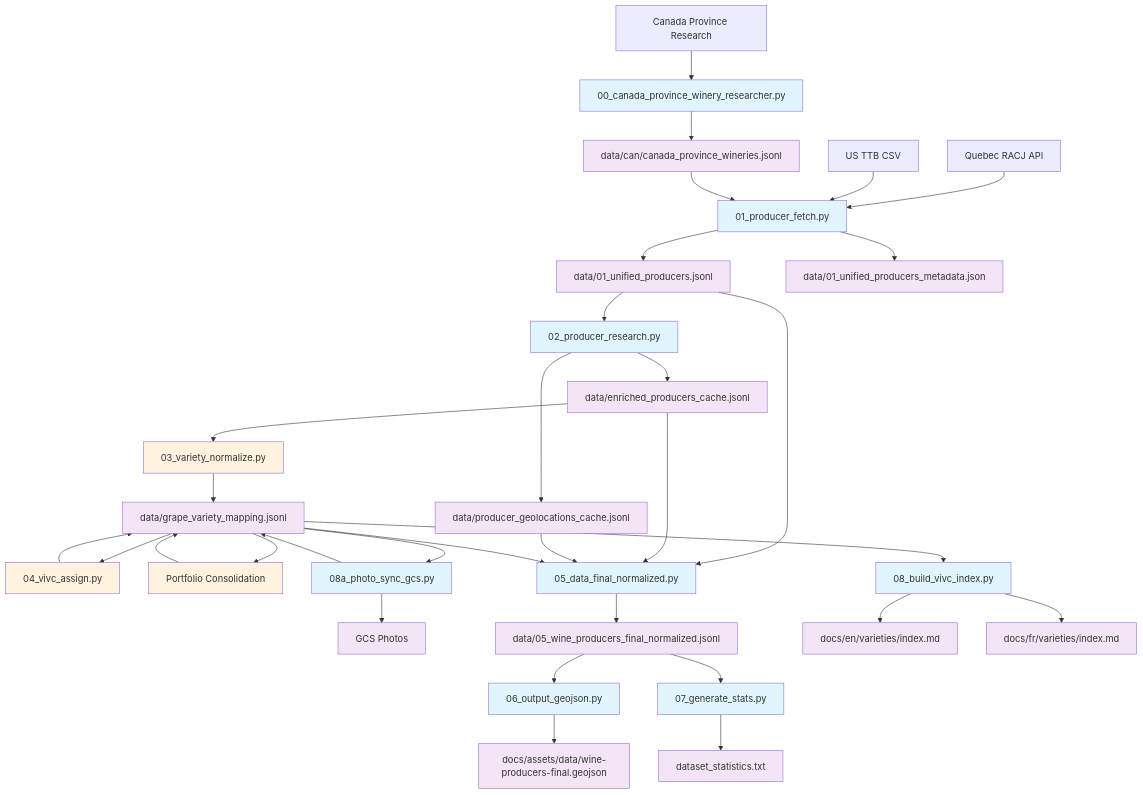
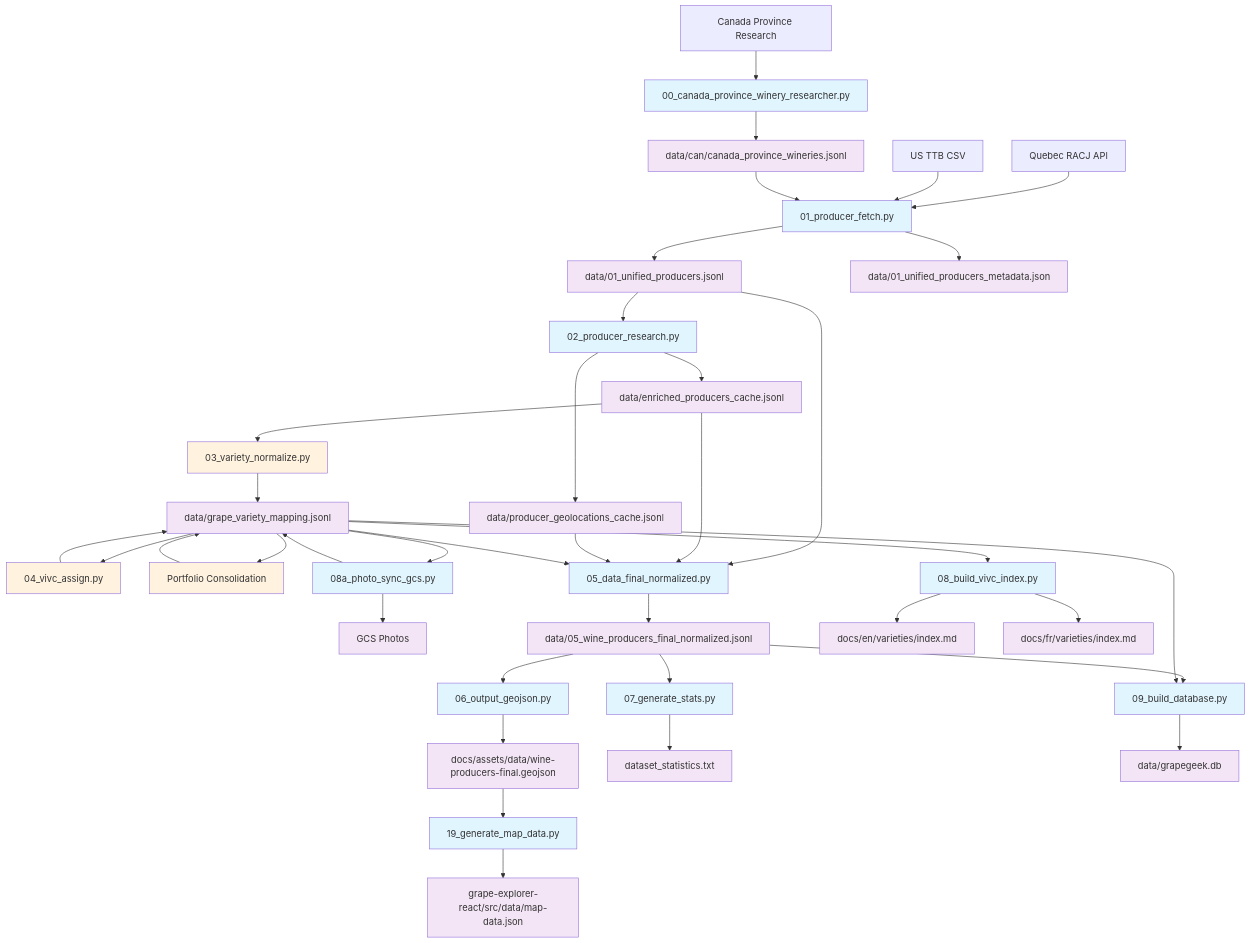
Before and after one commit to p-gag/grapegeek: the diagram in src/README.md, drawn with Mermaid. The commit also changed other lines of this file and 2 other files, not shown here.

Commit message:
Update CLAUDE.md and src/README.md to reflect new architecture
- Switch all commands to `uv run` convention
- Consolidate Wine Producer Pipeline docs to src/README.md
- Remove legacy test-server.py (replaced by Next.js dev server)
- Add database and map data pipeline steps to src/README.md
- Add Root Directory Policy and database access layer docs

````diff
--- a/src/README.md
+++ b/src/README.md
@@ -16,63 +16,72 @@
 ```mermaid
 graph TD
     %% Data Sources
     A1[Quebec RACJ API] 
     A2[US TTB CSV]
     A3[Canada Province Research]
     
     %% Step 0: Data Collection
     A3 --> B0[00_canada_province_winery_researcher.py]
     B0 --> D1[data/can/canada_province_wineries.jsonl]
     
     %% Step 1: Unify Sources  
     A1 --> B1[01_producer_fetch.py]
     A2 --> B1
     D1 --> B1
     B1 --> D2[data/01_unified_producers.jsonl]
     B1 --> D2M[data/01_unified_producers_metadata.json]
     
     %% Step 2: Research & Enrichment
     D2 --> B2[02_producer_research.py]
     B2 --> D3A[data/enriched_producers_cache.jsonl]
     B2 --> D3B[data/producer_geolocations_cache.jsonl]
     
     %% Step 3: Variety Processing (Manual Review Needed)
     D3A --> B3[03_variety_normalize.py]
     B3 --> D4[data/grape_variety_mapping.jsonl]
     D4 --> B4[04_vivc_assign.py]
     B4 --> D4
     D4 --> B4B[Portfolio Consolidation]
     B4B --> D4
 
     %% Step 4a: Photo Sync (NEW)
     D4 --> B4C[08a_photo_sync_gcs.py]
     B4C --> D4D[GCS Photos]
     B4C --> D4
 
     %% Step 4: Final Dataset
     D2 --> B5[05_data_final_normalized.py]
     D3A --> B5
     D3B --> B5  
     D4 --> B5
     B5 --> D7[data/05_wine_producers_final_normalized.jsonl]
     
     %% Step 5: Outputs
     D7 --> B6[06_output_geojson.py]
     B6 --> D8[docs/assets/data/wine-producers-final.geojson]
-    
+
     D7 --> B7[07_generate_stats.py]
     B7 --> D10[dataset_statistics.txt]
-    
+
     D4 --> B8[08_build_vivc_index.py]
     B8 --> D9A[docs/en/varieties/index.md]
     B8 --> D9B[docs/fr/varieties/index.md]
-    
+
+    %% Step 6: Database Build
+    D7 --> B9[09_build_database.py]
+    D4 --> B9
+    B9 --> D11[data/grapegeek.db]
+
+    %% Step 7: Legacy React Map Data
+    D8 --> B10[19_generate_map_data.py]
+    B10 --> D12[grape-explorer-react/src/data/map-data.json]
+
     %% Styling
     classDef script fill:#e1f5fe
     classDef datafile fill:#f3e5f5
     classDef manual fill:#fff3e0
-    
-    class B0,B1,B2,B3,B4,B4B,B4C,B5,B6,B7,B8 script
-    class D1,D2,D2M,D3A,D3B,D4,D4D,D7,D8,D9A,D9B,D10 datafile
+
+    class B0,B1,B2,B3,B4,B4B,B4C,B5,B6,B7,B8,B9,B10 script
+    class D1,D2,D2M,D3A,D3B,D4,D4D,D7,D8,D9A,D9B,D10,D11,D12 datafile
     class B3,B4,B4B manual
 ```
````
